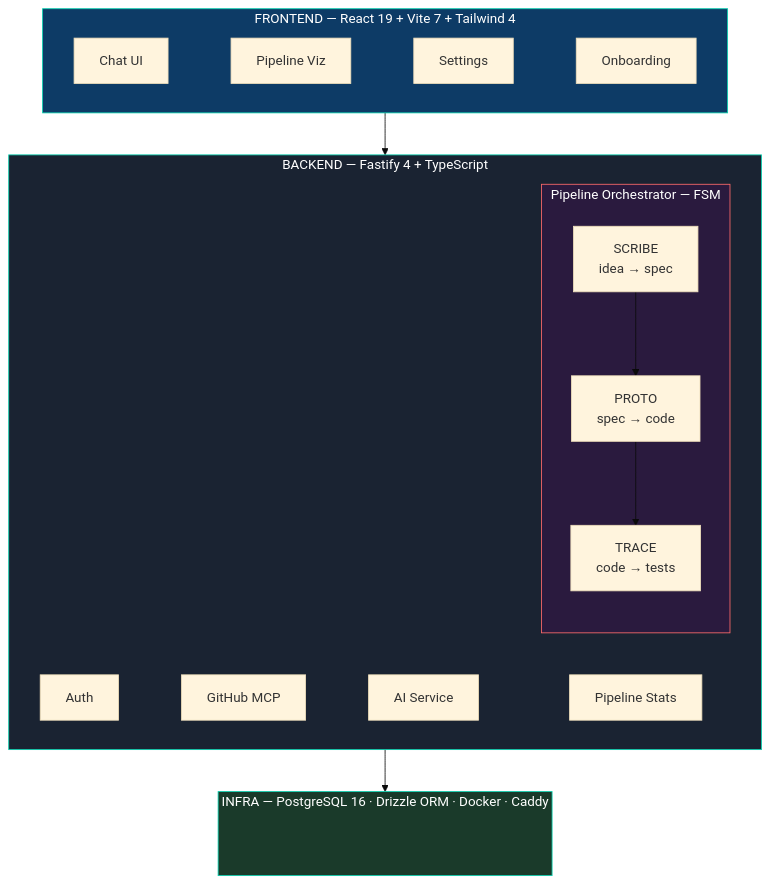
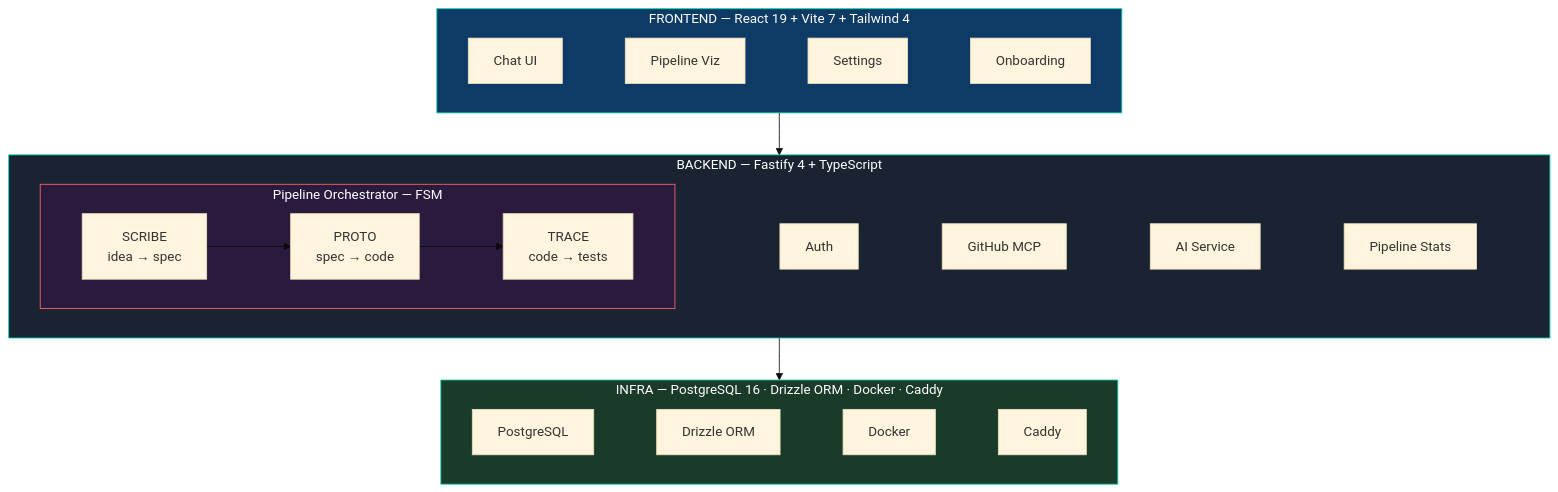
Before and after one commit to OmerYasirOnal/akis-platform: the sixth of 8 diagrams in README.md, drawn with Mermaid (base theme). The commit also changed other lines of this file, not shown here.

Commit message:
fix(readme): architecture diagram layout — horizontal agents, filled infra
- Add direction LR to Pipeline subgraph (agents side-by-side, not stacked)
- Add Services subgraph for backend services layout
- Replace empty Infra node with actual tech labels (PostgreSQL, Drizzle, Docker, Caddy)
- Fix both TR and EN sections

````diff
--- a/README.md
+++ b/README.md
@@ -670,25 +677,32 @@
 ```mermaid
 graph TB
     subgraph Frontend["FRONTEND — React 19 + Vite 7 + Tailwind 4"]
+        direction LR
         F1["Chat UI"] ~~~ F2["Pipeline Viz"] ~~~ F3["Settings"] ~~~ F4["Onboarding"]
     end
 
     subgraph Backend["BACKEND — Fastify 4 + TypeScript"]
         subgraph Pipeline["Pipeline Orchestrator — FSM"]
+            direction LR
             S["SCRIBE\nidea → spec"] --> P["PROTO\nspec → code"] --> T["TRACE\ncode → tests"]
         end
-        B1["Auth"] ~~~ B2["GitHub MCP"] ~~~ B3["AI Service"] ~~~ B4["Pipeline Stats"]
+        subgraph Services[" "]
+            direction LR
+            B1["Auth"] ~~~ B2["GitHub MCP"] ~~~ B3["AI Service"] ~~~ B4["Pipeline Stats"]
+        end
+        Pipeline ~~~ Services
     end
 
     subgraph Infra["INFRA — PostgreSQL 16 · Drizzle ORM · Docker · Caddy"]
-        I1[" "]
+        direction LR
+        I1["PostgreSQL"] ~~~ I2["Drizzle ORM"] ~~~ I3["Docker"] ~~~ I4["Caddy"]
     end
 
     Frontend --> Backend --> Infra
 
     style Frontend fill:#0d3b66,stroke:#07D1AF,color:#fff
     style Backend fill:#1a2332,stroke:#07D1AF,color:#fff
     style Pipeline fill:#2a1a3e,stroke:#FF6B6B,color:#fff
+    style Services fill:transparent,stroke:transparent
     style Infra fill:#1a3a2a,stroke:#07D1AF,color:#fff
-    style I1 fill:transparent,stroke:transparent
 ```
````
